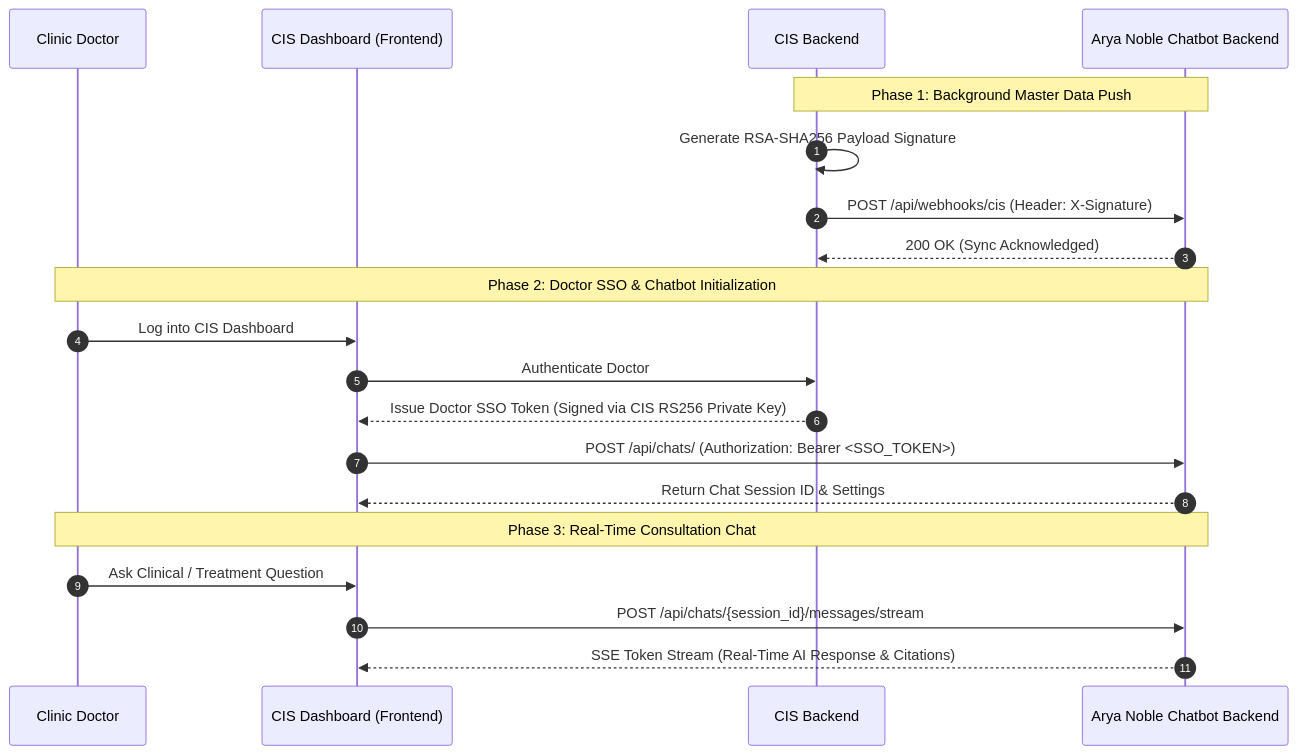
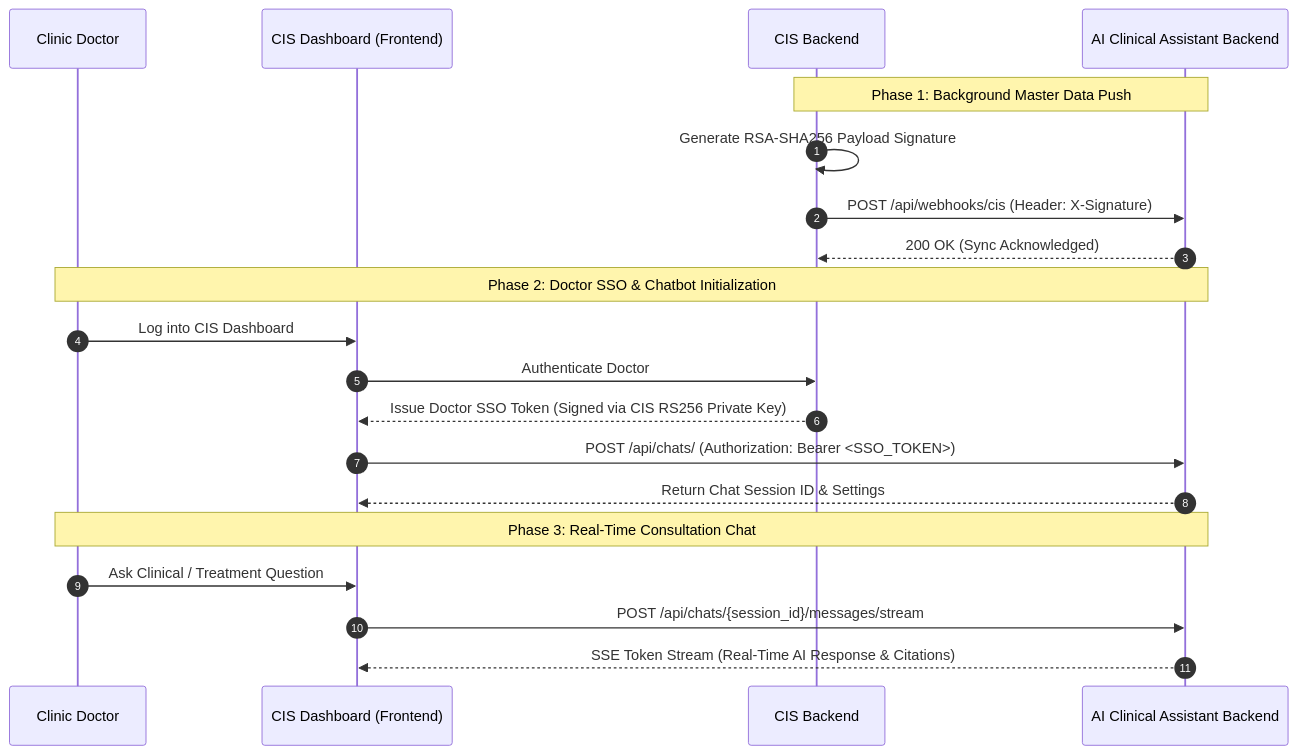
Before and after one commit to ailsaisn/demoAI: the first of 2 diagrams in mock-cis/README.md, drawn with Mermaid. The commit also changed other lines of this file and 69 other files, not shown here.

````diff
--- a/mock-cis/README.md
+++ b/mock-cis/README.md
@@ -20,25 +20,25 @@
 ```mermaid
 sequenceDiagram
     autonumber
     participant Doctor as Clinic Doctor
     participant CIS_UI as CIS Dashboard (Frontend)
     participant CIS_BE as CIS Backend
-    participant Chatbot_BE as Arya Noble Chatbot Backend
+    participant Chatbot_BE as AI Clinical Assistant Backend
 
     Note over CIS_BE,Chatbot_BE: Phase 1: Background Master Data Push
     CIS_BE->>CIS_BE: Generate RSA-SHA256 Payload Signature
     CIS_BE->>Chatbot_BE: POST /api/webhooks/cis (Header: X-Signature)
     Chatbot_BE-->>CIS_BE: 200 OK (Sync Acknowledged)
 
     Note over Doctor,Chatbot_BE: Phase 2: Doctor SSO & Chatbot Initialization
     Doctor->>CIS_UI: Log into CIS Dashboard
     CIS_UI->>CIS_BE: Authenticate Doctor
     CIS_BE-->>CIS_UI: Issue Doctor SSO Token (Signed via CIS RS256 Private Key)
     CIS_UI->>Chatbot_BE: POST /api/chats/ (Authorization: Bearer <SSO_TOKEN>)
     Chatbot_BE-->>CIS_UI: Return Chat Session ID & Settings
 
     Note over Doctor,Chatbot_BE: Phase 3: Real-Time Consultation Chat
     Doctor->>CIS_UI: Ask Clinical / Treatment Question
     CIS_UI->>Chatbot_BE: POST /api/chats/{session_id}/messages/stream
     Chatbot_BE-->>CIS_UI: SSE Token Stream (Real-Time AI Response & Citations)
 ```
````
